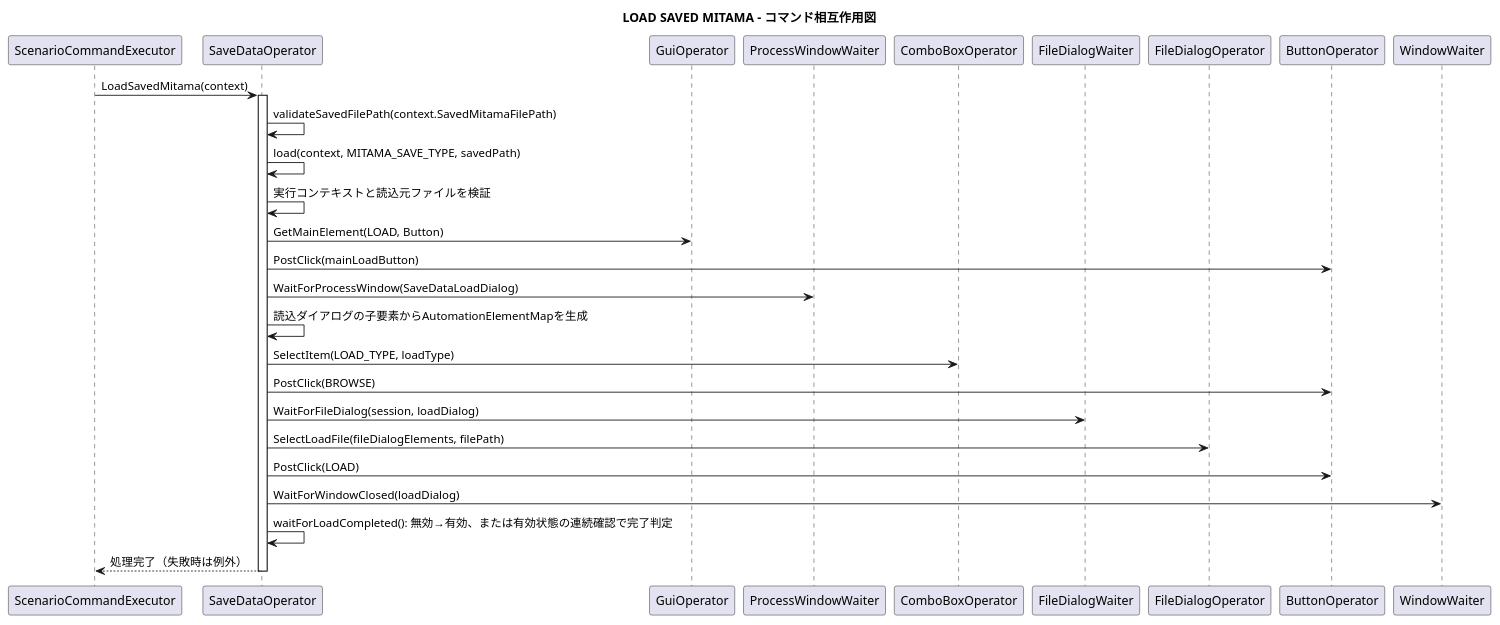
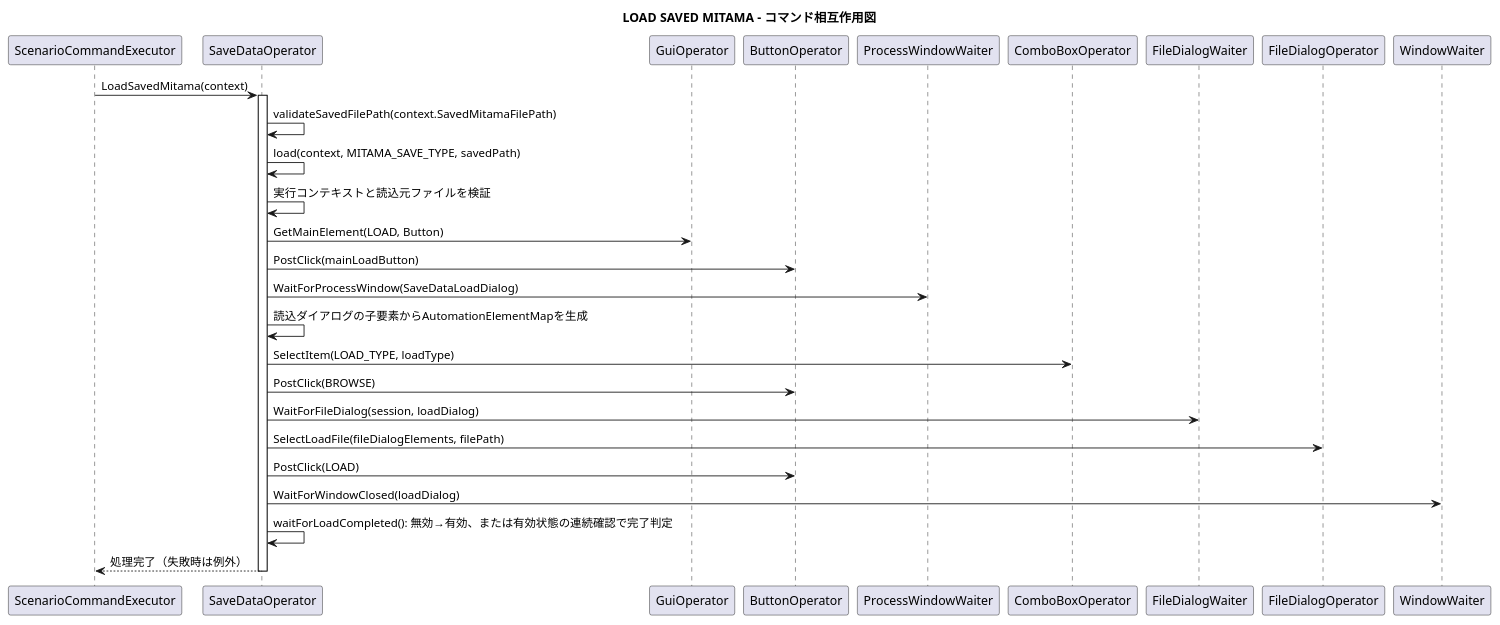
Before and after one commit to Staraptor0398/ShikigamiStatusCalculator: the diagram in Document/ScenarioRunner/Diagram/CommandInteraction/SaveData/LoadSavedMitama.wsd, drawn with PlantUML. The commit also changed 20 other files, not shown here.

Commit message:
Remove duplicate participants from Scenario Runner interaction diagrams

```diff
--- a/Document/ScenarioRunner/Diagram/CommandInteraction/SaveData/LoadSavedMitama.wsd
+++ b/Document/ScenarioRunner/Diagram/CommandInteraction/SaveData/LoadSavedMitama.wsd
@@ -1,36 +1,34 @@
 @startuml
 title LOAD SAVED MITAMA - コマンド相互作用図
 skinparam responseMessageBelowArrow true
 ' Source: ScenarioRunner.Engine/Execution/ScenarioCommandExecutor.cs
 ' Source: ScenarioRunner.Engine/Automation/Operator/Feature/SaveDataOperator.cs
 participant "ScenarioCommandExecutor" as EX
 participant "SaveDataOperator" as O
 participant "GuiOperator" as GO
 participant "ButtonOperator" as BO
 participant "ProcessWindowWaiter" as PW
 participant "ComboBoxOperator" as CO
-participant "ButtonOperator" as BO
 participant "FileDialogWaiter" as FDW
 participant "FileDialogOperator" as FDO
-participant "ButtonOperator" as BO
 participant "WindowWaiter" as WW
 
 EX -> O : LoadSavedMitama(context)
 activate O
 O -> O : validateSavedFilePath(context.SavedMitamaFilePath)
 O -> O : load(context, MITAMA_SAVE_TYPE, savedPath)
 O -> O : 実行コンテキストと読込元ファイルを検証
 O -> GO : GetMainElement(LOAD, Button)
 O -> BO : PostClick(mainLoadButton)
 O -> PW : WaitForProcessWindow(SaveDataLoadDialog)
 O -> O : 読込ダイアログの子要素からAutomationElementMapを生成
 O -> CO : SelectItem(LOAD_TYPE, loadType)
 O -> BO : PostClick(BROWSE)
 O -> FDW : WaitForFileDialog(session, loadDialog)
 O -> FDO : SelectLoadFile(fileDialogElements, filePath)
 O -> BO : PostClick(LOAD)
 O -> WW : WaitForWindowClosed(loadDialog)
 O -> O : waitForLoadCompleted(): 無効→有効、または有効状態の連続確認で完了判定
 O --> EX : 処理完了（失敗時は例外）
 deactivate O
 @enduml
```
